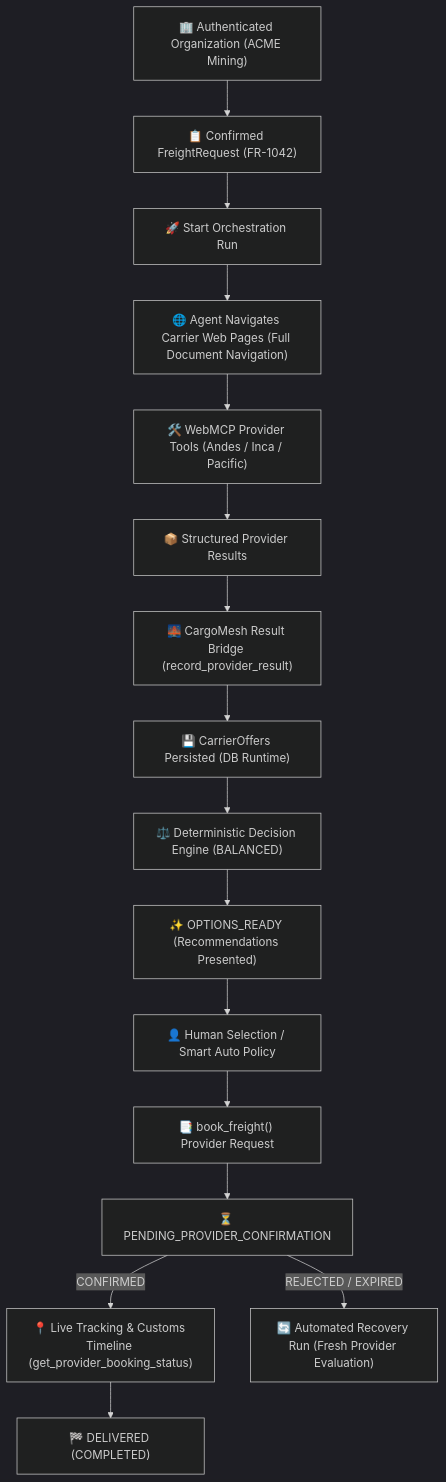
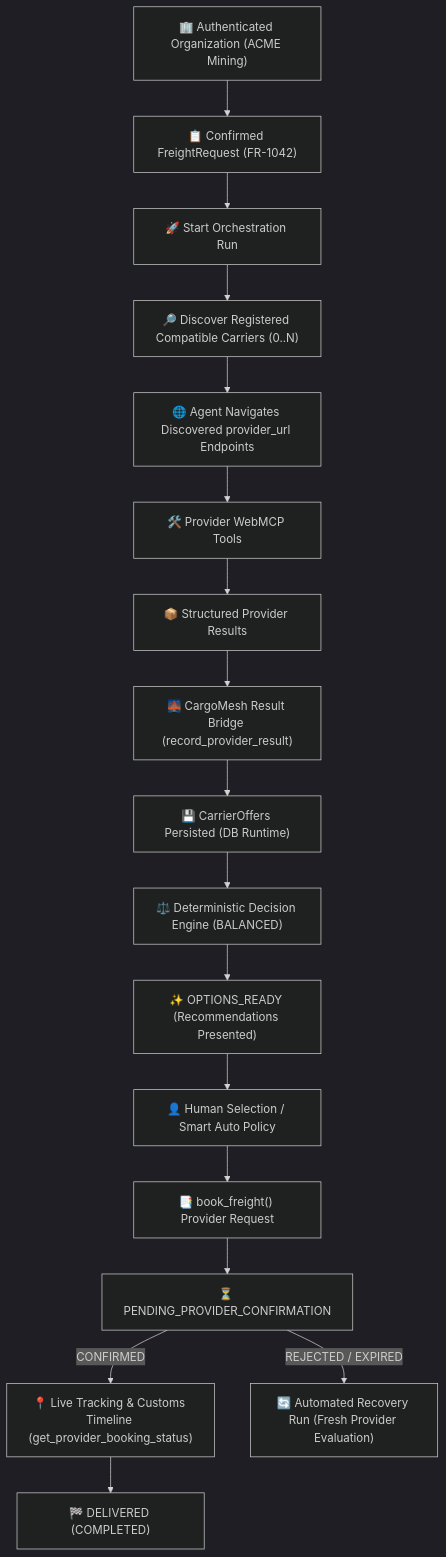
Before and after one commit to Chujutak2024/cargomesh: the first of 2 diagrams in README.md, drawn with Mermaid (dark theme). The commit also changed other lines of this file and 8 other files, not shown here.

Commit message:
docs: align CargoMesh with dynamic provider registry

````diff
--- a/README.md
+++ b/README.md
@@ -50,18 +54,19 @@
 ```mermaid
 graph TD
     A["🏢 Authenticated Organization (ACME Mining)"] --> B["📋 Confirmed FreightRequest (FR-1042)"]
     B --> C["🚀 Start Orchestration Run"]
-    C --> D["🌐 Agent Navigates Carrier Web Pages (Full Document Navigation)"]
-    D --> E["🛠️ WebMCP Provider Tools (Andes / Inca / Pacific)"]
-    E --> F["📦 Structured Provider Results"]
-    F --> G["🌉 CargoMesh Result Bridge (record_provider_result)"]
-    G --> H["💾 CarrierOffers Persisted (DB Runtime)"]
-    H --> I["⚖️ Deterministic Decision Engine (BALANCED)"]
-    I --> J["✨ OPTIONS_READY (Recommendations Presented)"]
-    J --> K["👤 Human Selection / Smart Auto Policy"]
-    K --> L["📑 book_freight() Provider Request"]
-    L --> M["⏳ PENDING_PROVIDER_CONFIRMATION"]
-    M -->|CONFIRMED| N["📍 Live Tracking & Customs Timeline (get_provider_booking_status)"]
-    M -->|REJECTED / EXPIRED| O["🔄 Automated Recovery Run (Fresh Provider Evaluation)"]
-    N --> P["🏁 DELIVERED (COMPLETED)"]
+    C --> D["🔎 Discover Registered Compatible Carriers (0..N)"]
+    D --> E["🌐 Agent Navigates Discovered provider_url Endpoints"]
+    E --> F["🛠️ Provider WebMCP Tools"]
+    F --> G["📦 Structured Provider Results"]
+    G --> H["🌉 CargoMesh Result Bridge (record_provider_result)"]
+    H --> I["💾 CarrierOffers Persisted (DB Runtime)"]
+    I --> J["⚖️ Deterministic Decision Engine (BALANCED)"]
+    J --> K["✨ OPTIONS_READY (Recommendations Presented)"]
+    K --> L["👤 Human Selection / Smart Auto Policy"]
+    L --> M["📑 book_freight() Provider Request"]
+    M --> N["⏳ PENDING_PROVIDER_CONFIRMATION"]
+    N -->|CONFIRMED| O["📍 Live Tracking & Customs Timeline (get_provider_booking_status)"]
+    N -->|REJECTED / EXPIRED| P["🔄 Automated Recovery Run (Fresh Provider Evaluation)"]
+    O --> Q["🏁 DELIVERED (COMPLETED)"]
 ```
````
